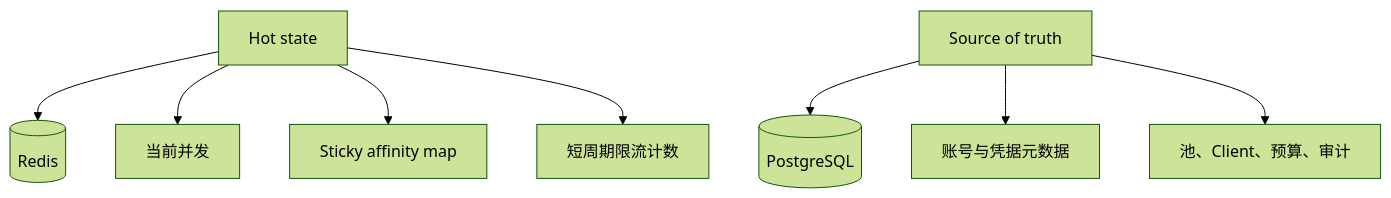
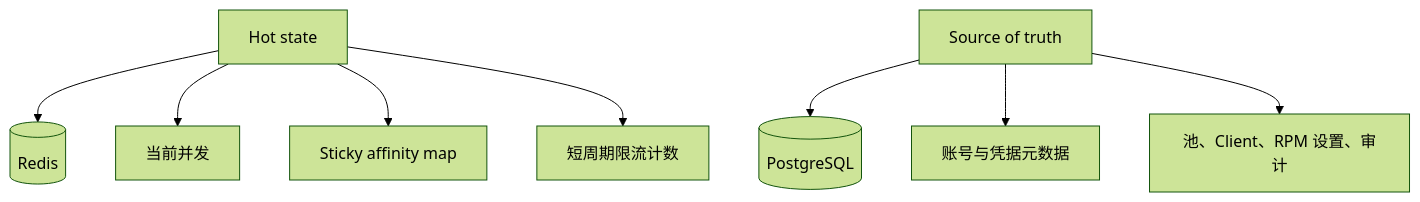
One commit to pczhao1210/ghcp-pool-proxy changed the fourth of 4 diagrams in docs/architecture.zh.md. Above: the diagram before and after it, drawn with Mermaid (forest theme). The commit also changed other lines of this file and 34 other files, not shown here.

First line of the commit message:
Publish runtime release 2026.09.12.1 (schema 21)

````diff
--- a/docs/architecture.zh.md
+++ b/docs/architecture.zh.md
@@ -177,10 +157,10 @@
 ```mermaid
 flowchart TD
   Hot["Hot state"] --> Redis[(Redis)]
   Cold["Source of truth"] --> Postgres[(PostgreSQL)]
   Hot --> Concurrency["当前并发"]
   Hot --> Affinity["Sticky affinity map"]
   Hot --> RateLimit["短周期限流计数"]
   Cold --> Accounts["账号与凭据元数据"]
-  Cold --> Policies["池、Client、预算、审计"]
+  Cold --> Policies["池、Client、RPM 设置、审计"]
 ```
````
